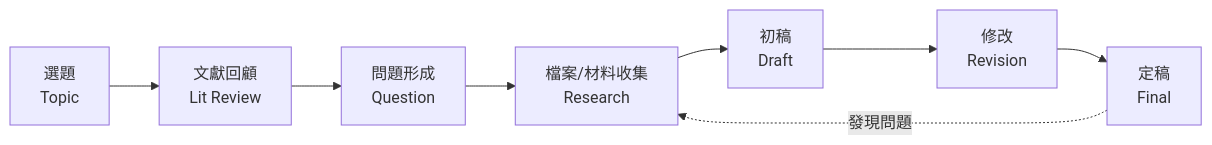
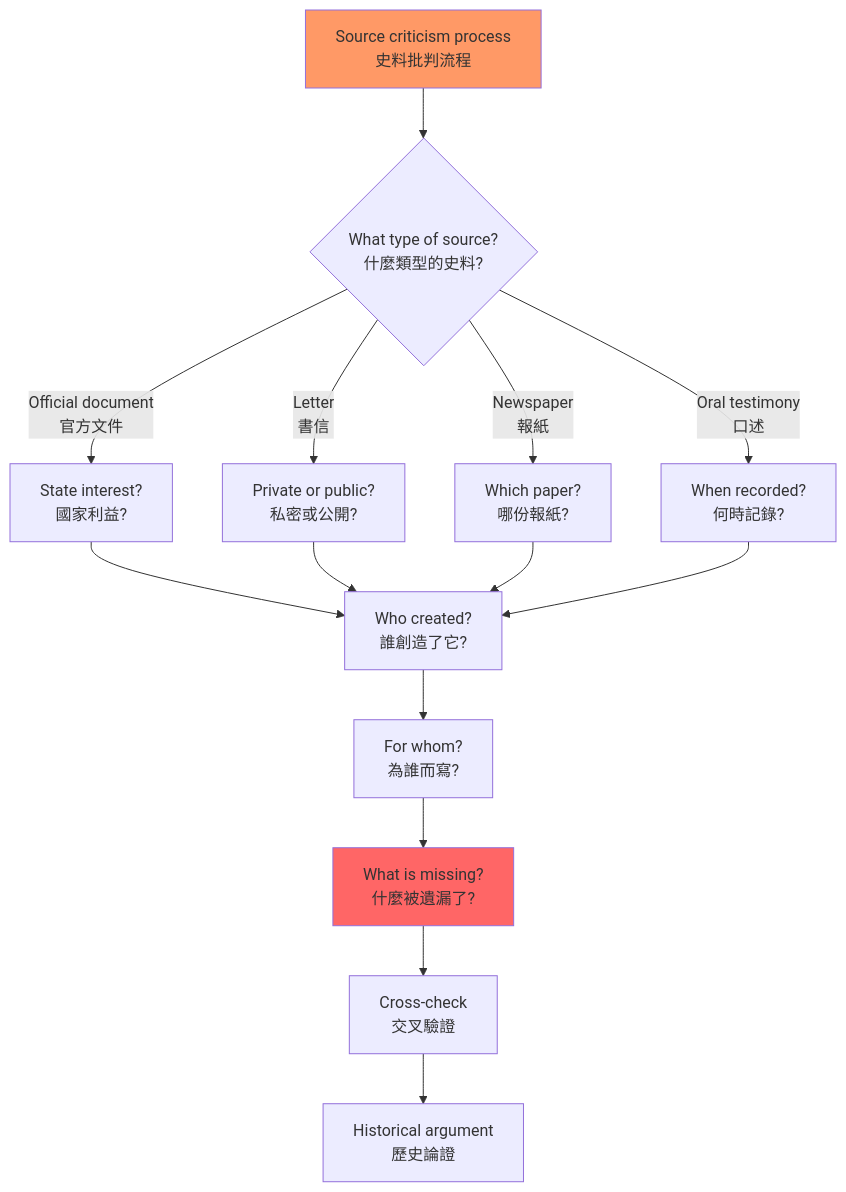
One commit to yip-lgtm/HKU-Harvard-History-Self-Study changed the second of 3 diagrams in 01_HKU_Courses/HIST3075_Directed_Reading.md. Above: the diagram before and after it, drawn with Mermaid. The commit also changed other lines of this file and 8 other files, not shown here.

````diff
--- a/01_HKU_Courses/HIST3075_Directed_Reading.md
+++ b/01_HKU_Courses/HIST3075_Directed_Reading.md
@@ -240,10 +146,21 @@
 ```mermaid
-flowchart LR
-    A[選題<br/>Topic] --> B[文獻回顧<br/>Lit Review]
-    B --> C[問題形成<br/>Question]
-    C --> D[檔案/材料收集<br/>Research]
-    D --> E[初稿<br/>Draft]
-    E --> F[修改<br/>Revision]
-    F --> G[定稿<br/>Final]
-    G -.->|發現問題| D
+flowchart TD
+    A[Source criticism process<br/>史料批判流程] --> Q1{What type of source?<br/>什麼類型的史料?}
+    Q1 -->|Official document<br/>官方文件| B1[State interest?<br/>國家利益?]
+    Q1 -->|Letter<br/>書信| B2[Private or public?<br/>私密或公開?]
+    Q1 -->|Newspaper<br/>報紙| B3[Which paper?<br/>哪份報紙?]
+    Q1 -->|Oral testimony<br/>口述| B4[When recorded?<br/>何時記錄?]
+    
+    B1 --> C[Who created?<br/>誰創造了它?]
+    B2 --> C
+    B3 --> C
+    B4 --> C
+    
+    C --> D[For whom?<br/>為誰而寫?]
+    D --> E[What is missing?<br/>什麼被遺漏了?]
+    E --> F[Cross-check<br/>交叉驗證]
+    F --> G[Historical argument<br/>歷史論證]
+    
+    style A fill:#f96
+    style E fill:#f66
 ```
````
